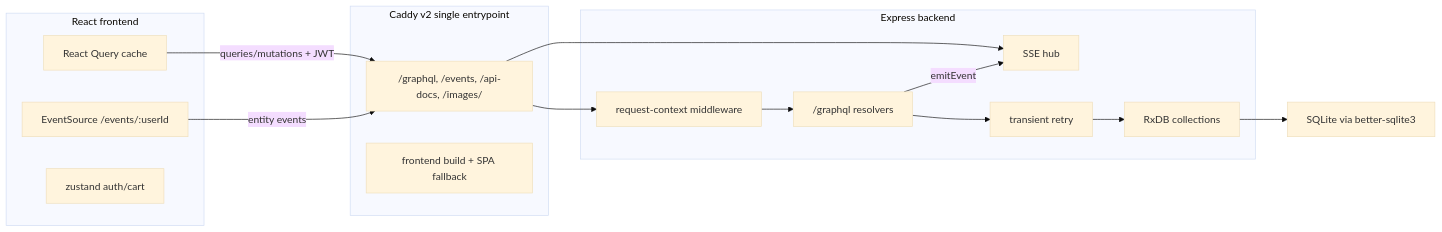
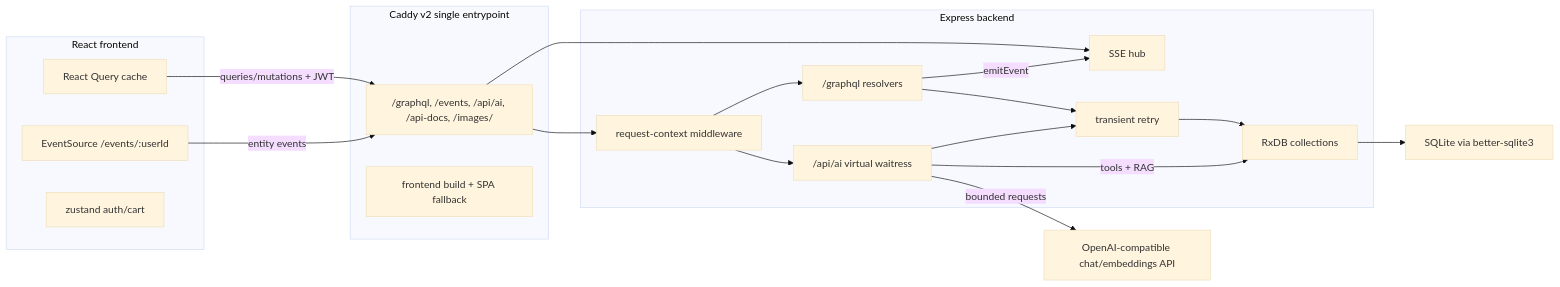
The diagram in README.md (FatjonMileti/Restaurant-Management-System), drawn with Mermaid (base theme) before and after one commit. The commit also changed other lines of this file and 72 other files, not shown here.

First line of the commit message:
feat: add virtual waitress assistant functionality and related components

````diff
--- a/README.md
+++ b/README.md
@@ -206,30 +303,37 @@
 ```mermaid
 flowchart LR
     subgraph Client["React frontend"]
         RQ["React Query cache"]
         ES["EventSource /events/:userId"]
         Z["zustand auth/cart"]
     end
 
     subgraph Caddy["Caddy v2 single entrypoint"]
-        PX["/graphql, /events, /api-docs, /images/"]
+        PX["/graphql, /events, /api/ai, /api-docs, /images/"]
         SPA["frontend build + SPA fallback"]
     end
 
     subgraph Server["Express backend"]
         MW["request-context middleware"]
         GQL["/graphql resolvers"]
+        AI["/api/ai virtual waitress"]
         SSE["SSE hub"]
         RTY["transient retry"]
         RX["RxDB collections"]
     end
 
     DB["SQLite via better-sqlite3"]
+    LLM["OpenAI-compatible chat/embeddings API"]
 
     RQ -->|"queries/mutations + JWT"| PX
     ES -->|"entity events"| PX
-    PX --> MW --> GQL
+    PX --> MW
+    MW --> GQL
+    MW --> AI
     PX --> SSE
     GQL --> RTY --> RX --> DB
+    AI --> RTY
+    AI -->|"tools + RAG"| RX
+    AI -->|"bounded requests"| LLM
     GQL -->|"emitEvent"| SSE
 ```
````
